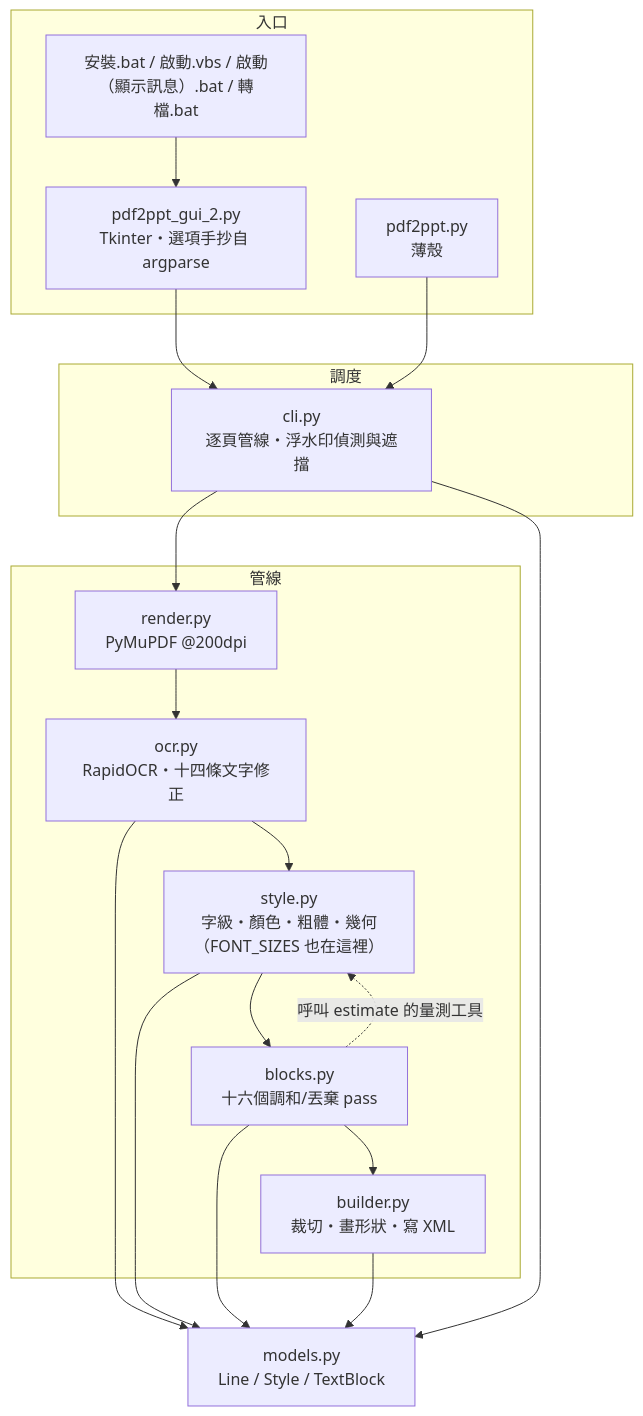
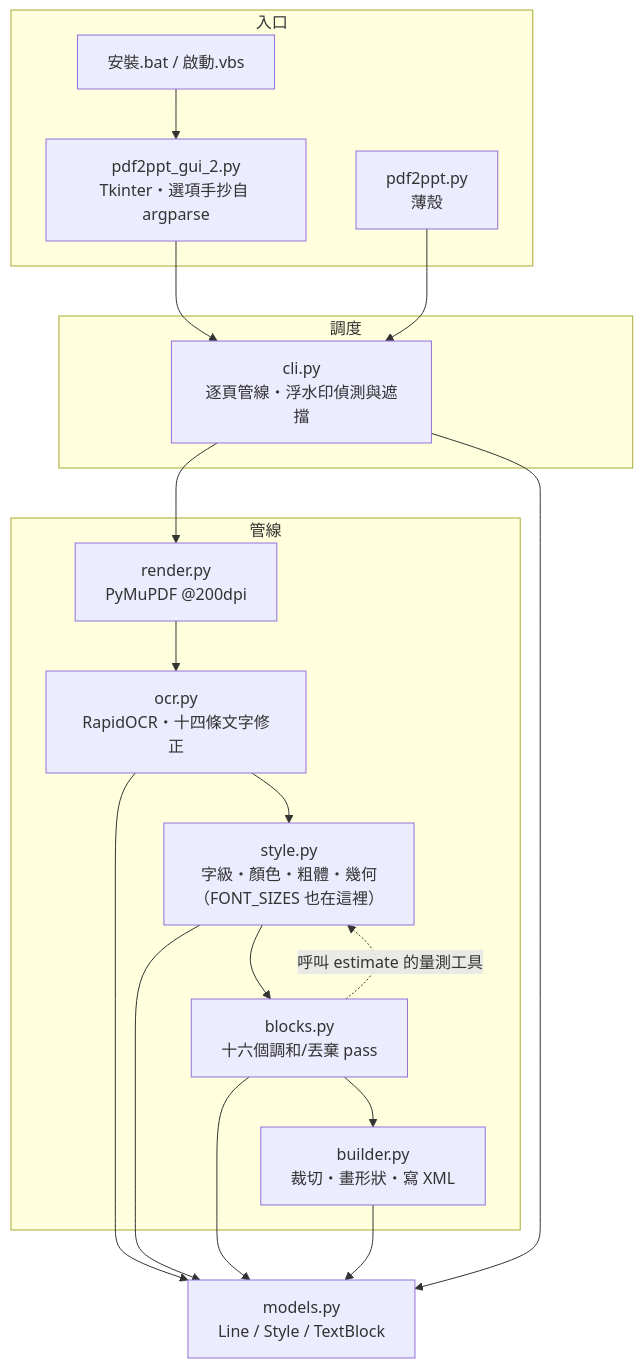
One commit to VincentLiang1/NotebookLM_OCR changed the diagram in docs/dev/architecture.md. Above: the diagram before and after it, drawn with Mermaid. The commit also changed 12 other files, not shown here.

First line of the commit message:
刪掉 啟動（顯示訊息）.bat 與 轉檔.bat：交付面只留兩個入口

````diff
--- a/docs/dev/architecture.md
+++ b/docs/dev/architecture.md
@@ -11,25 +11,25 @@
 ```mermaid
 flowchart TD
     subgraph 入口
-        BAT["安裝.bat / 啟動.vbs / 啟動（顯示訊息）.bat / 轉檔.bat"]
+        BAT["安裝.bat / 啟動.vbs"]
         GUI["pdf2ppt_gui_2.py<br/>Tkinter・選項手抄自 argparse"]
         CLIENT["pdf2ppt.py<br/>薄殼"]
     end
     subgraph 調度
         CLI["cli.py<br/>逐頁管線・浮水印偵測與遮擋"]
     end
     subgraph 管線
         RENDER["render.py<br/>PyMuPDF @200dpi"]
         OCR["ocr.py<br/>RapidOCR・十四條文字修正"]
         STYLE["style.py<br/>字級・顏色・粗體・幾何<br/>（FONT_SIZES 也在這裡）"]
         BLOCKS["blocks.py<br/>十六個調和/丟棄 pass"]
         BUILDER["builder.py<br/>裁切・畫形狀・寫 XML"]
     end
     MODELS["models.py<br/>Line / Style / TextBlock"]
 
     BAT --> GUI --> CLI
     CLIENT --> CLI
     CLI --> RENDER --> OCR --> STYLE --> BLOCKS --> BUILDER
     OCR & STYLE & BLOCKS & BUILDER & CLI --> MODELS
     BLOCKS -.呼叫 estimate 的量測工具.-> STYLE
 ```
````
